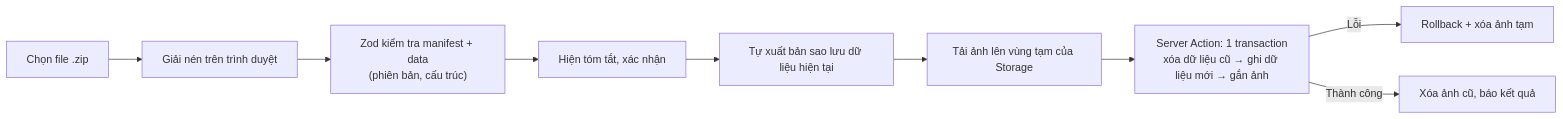
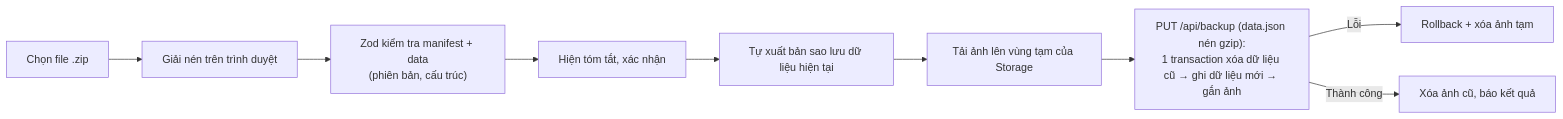
The fourth of 5 diagrams in teckstack.md (DevViTien/doctor-handbook), drawn with Mermaid before and after one commit. The commit also changed other lines of this file and 51 other files, not shown here.

````diff
--- a/teckstack.md
+++ b/teckstack.md
@@ -305,11 +305,11 @@
 ```mermaid
 flowchart LR
     A[Chọn file .zip] --> B[Giải nén trên trình duyệt]
     B --> C["Zod kiểm tra manifest + data<br/>(phiên bản, cấu trúc)"]
     C --> D[Hiện tóm tắt, xác nhận]
     D --> E[Tự xuất bản sao lưu dữ liệu hiện tại]
     E --> F[Tải ảnh lên vùng tạm của Storage]
-    F --> G["Server Action: 1 transaction<br/>xóa dữ liệu cũ → ghi dữ liệu mới → gắn ảnh"]
+    F --> G["PUT /api/backup (data.json nén gzip):<br/>1 transaction xóa dữ liệu cũ → ghi dữ liệu mới → gắn ảnh"]
     G -->|Lỗi| H[Rollback + xóa ảnh tạm]
     G -->|Thành công| I[Xóa ảnh cũ, báo kết quả]
 ```
````
